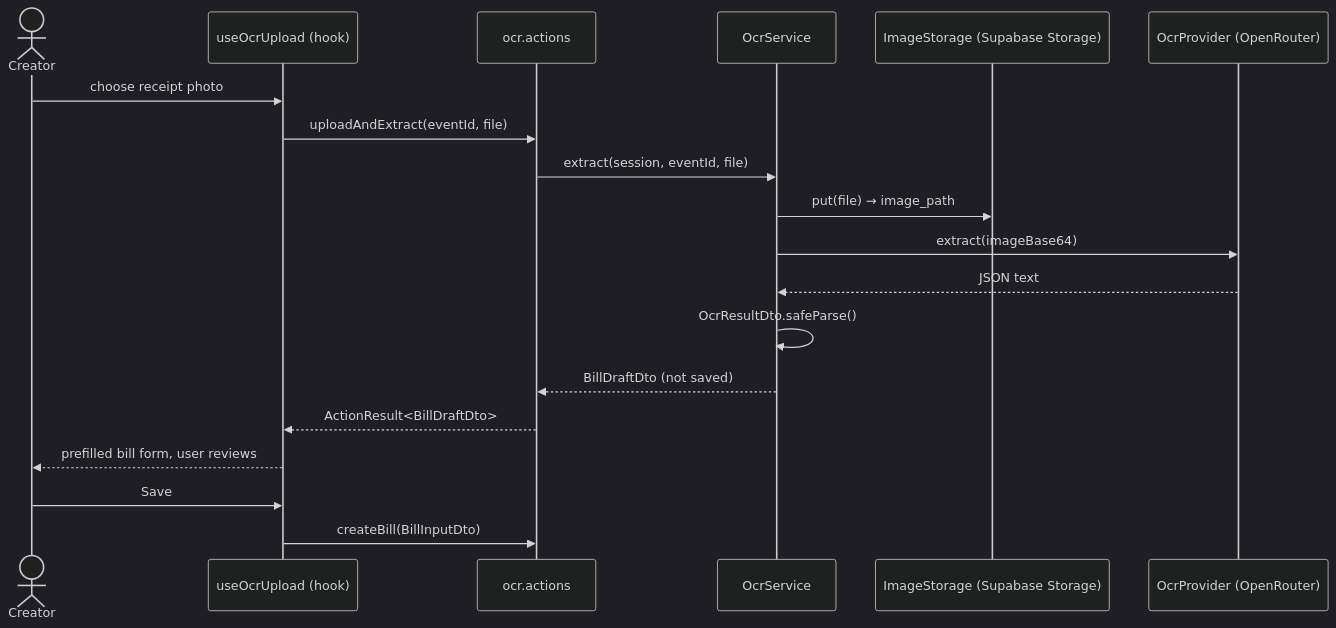
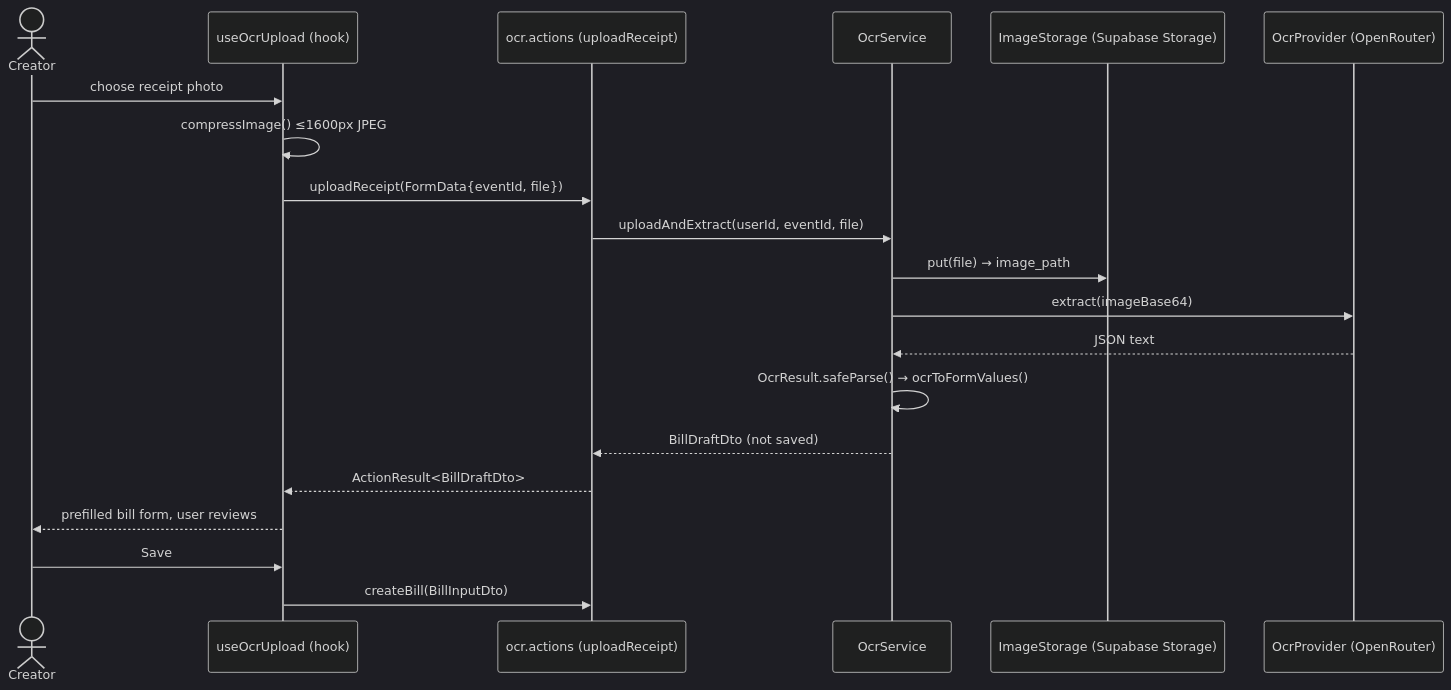
Before and after one commit to anthonyreynaldi/split-bill: the fourth of 5 diagrams in docs/architecture.md, drawn with Mermaid (dark theme). The commit also changed other lines of this file and 9 other files, not shown here.

First line of the commit message:
docs: TypeDoc site, architecture diagrams, user guides (ID/EN)

````diff
--- a/docs/architecture.md
+++ b/docs/architecture.md
@@ -114,21 +116,22 @@
 ```mermaid
 sequenceDiagram
   actor U as Creator
   participant H as useOcrUpload (hook)
-  participant A as ocr.actions
+  participant A as ocr.actions (uploadReceipt)
   participant S as OcrService
   participant ST as ImageStorage (Supabase Storage)
   participant P as OcrProvider (OpenRouter)
   U->>H: choose receipt photo
-  H->>A: uploadAndExtract(eventId, file)
-  A->>S: extract(session, eventId, file)
+  H->>H: compressImage() ≤1600px JPEG
+  H->>A: uploadReceipt(FormData{eventId, file})
+  A->>S: uploadAndExtract(userId, eventId, file)
   S->>ST: put(file) → image_path
   S->>P: extract(imageBase64)
   P-->>S: JSON text
-  S->>S: OcrResultDto.safeParse()
+  S->>S: OcrResult.safeParse() → ocrToFormValues()
   S-->>A: BillDraftDto (not saved)
   A-->>H: ActionResult<BillDraftDto>
   H-->>U: prefilled bill form, user reviews
   U->>H: Save
   H->>A: createBill(BillInputDto)
 ```
````
